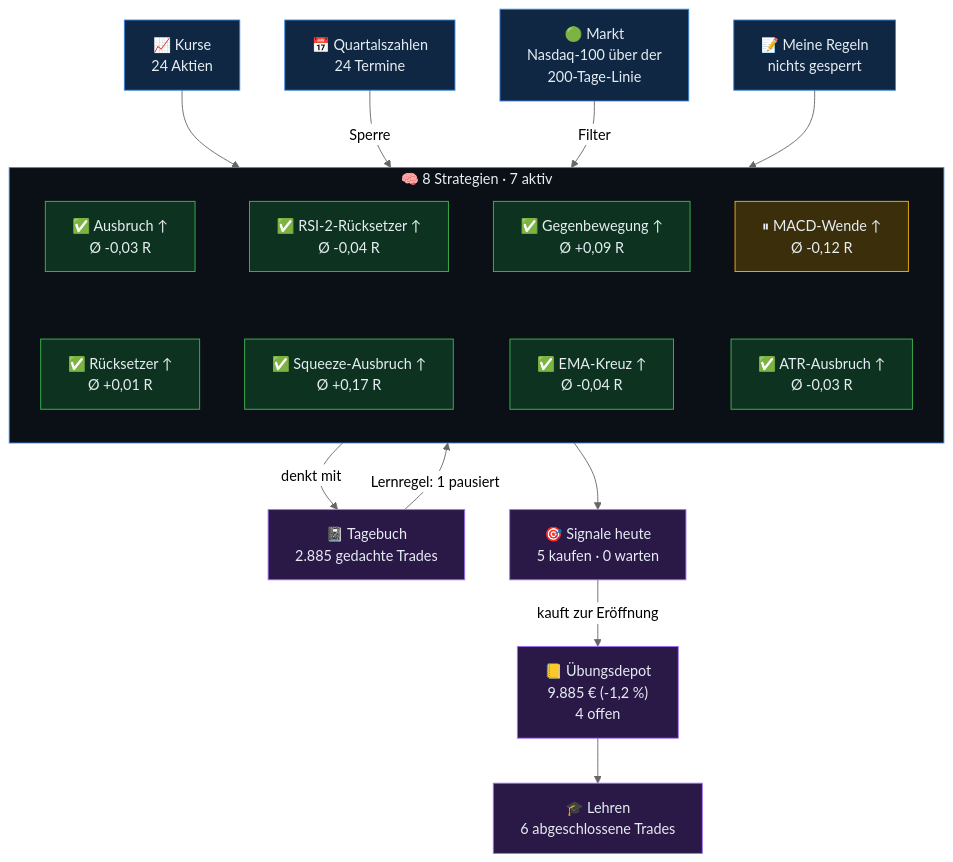
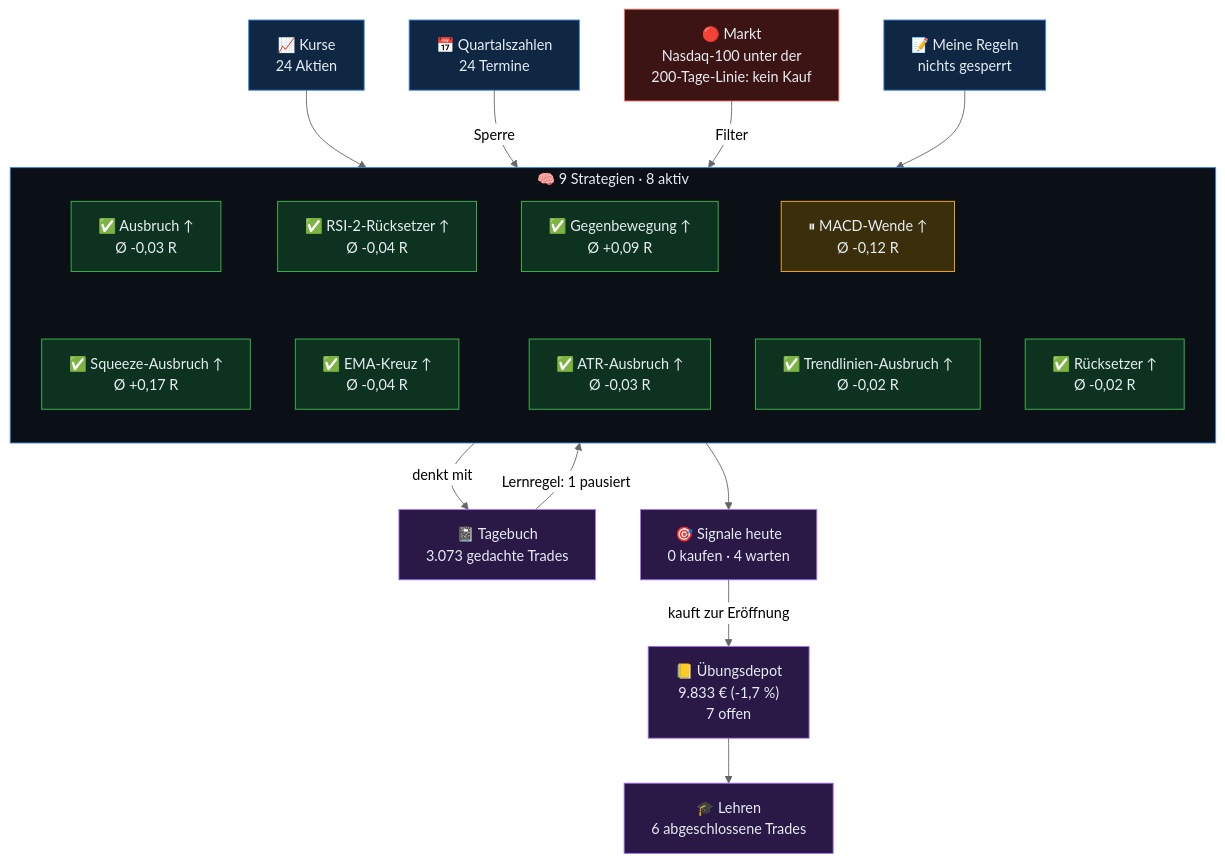
Before and after one commit to sickingmalte-arch/Test-Bot: the diagram in gehirn/Start.md, drawn with Mermaid (neutral theme). The commit also changed other lines of this file and 33 other files, not shown here.

````diff
--- a/gehirn/Start.md
+++ b/gehirn/Start.md
@@ -9,47 +9,48 @@
 ```mermaid
 flowchart TB
   kurse["📈 Kurse<br/>24 Aktien"]
   termine["📅 Quartalszahlen<br/>24 Termine"]
-  markt["🟢 Markt<br/>Nasdaq-100 über der<br/>200-Tage-Linie"]
+  markt["🔴 Markt<br/>Nasdaq-100 unter der<br/>200-Tage-Linie: kein Kauf"]
   regeln["📝 Meine Regeln<br/>nichts gesperrt"]
-  subgraph KERN["🧠 8 Strategien · 7 aktiv"]
+  subgraph KERN["🧠 9 Strategien · 8 aktiv"]
     direction TB
     s0["✅ Ausbruch ↑<br/>Ø -0,03 R"]
     s1["✅ RSI-2-Rücksetzer ↑<br/>Ø -0,04 R"]
     s2["✅ Gegenbewegung ↑<br/>Ø +0,09 R"]
     s3["⏸ MACD-Wende ↑<br/>Ø -0,12 R"]
-    s4["✅ Rücksetzer ↑<br/>Ø +0,01 R"]
+    s4["✅ Rücksetzer ↑<br/>Ø -0,02 R"]
     s5["✅ Squeeze-Ausbruch ↑<br/>Ø +0,17 R"]
     s6["✅ EMA-Kreuz ↑<br/>Ø -0,04 R"]
     s7["✅ ATR-Ausbruch ↑<br/>Ø -0,03 R"]
-    s0 ~~~ s4
-    s1 ~~~ s5
-    s2 ~~~ s6
-    s3 ~~~ s7
+    s8["✅ Trendlinien-Ausbruch ↑<br/>Ø -0,02 R"]
+    s0 ~~~ s5
+    s1 ~~~ s6
+    s2 ~~~ s7
+    s3 ~~~ s8
   end
-  tb["📓 Tagebuch<br/>2.885 gedachte Trades"]
-  sig["🎯 Signale heute<br/>5 kaufen · 0 warten"]
-  depot["📒 Übungsdepot<br/>9.885 € (-1,2 %)<br/>4 offen"]
+  tb["📓 Tagebuch<br/>3.073 gedachte Trades"]
+  sig["🎯 Signale heute<br/>0 kaufen · 4 warten"]
+  depot["📒 Übungsdepot<br/>9.833 € (-1,7 %)<br/>7 offen"]
   lehren["🎓 Lehren<br/>6 abgeschlossene Trades"]
   kurse --> KERN
   termine -->|Sperre| KERN
   markt -->|Filter| KERN
   regeln --> KERN
   KERN -->|denkt mit| tb
   tb -->|Lernregel: 1 pausiert| KERN
   KERN --> sig
   sig -->|kauft zur Eröffnung| depot
   depot --> lehren
   classDef ein fill:#0f2742,stroke:#3987e5,color:#e6edf3
   classDef rot fill:#3d1414,stroke:#f47067,color:#e6edf3
   classDef aktiv fill:#0d3320,stroke:#3fb950,color:#e6edf3
   classDef pausiert fill:#3b2e0a,stroke:#fab219,color:#e6edf3
   classDef aus fill:#22272e,stroke:#6e7681,color:#9ba7b4
   classDef aus2 fill:#2a1846,stroke:#a371f7,color:#e6edf3
   class kurse,termine,regeln ein
-  class markt ein
+  class markt rot
   class tb,sig,depot,lehren aus2
-  class s0,s1,s2,s4,s5,s6,s7 aktiv
+  class s0,s1,s2,s4,s5,s6,s7,s8 aktiv
   class s3 pausiert
   style KERN fill:#0b1016,stroke:#3987e5,color:#e6edf3
 ```
````
